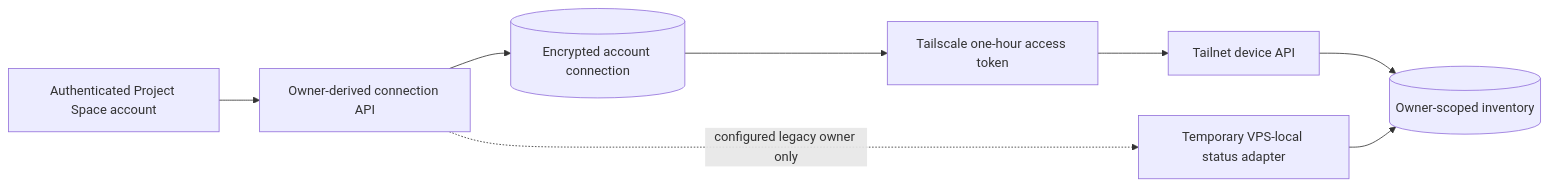
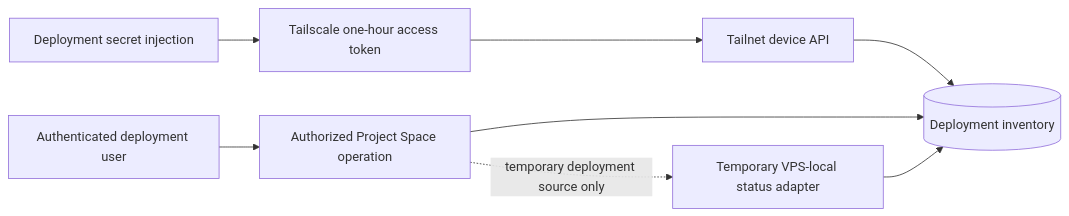
Before and after one commit to DotNaos/project-space: the diagram in docs/tailscale-provider-connections.md, drawn with Mermaid. The commit also changed other lines of this file and 49 other files, not shown here.

````diff
--- a/docs/tailscale-provider-connections.md
+++ b/docs/tailscale-provider-connections.md
@@ -25,15 +29,15 @@
 ```mermaid
 flowchart LR
-  Browser[Authenticated Project Space account]
-  API[Owner-derived connection API]
-  Store[(Encrypted account connection)]
+  User[Authenticated deployment user]
+  API[Authorized Project Space operation]
+  Config[Deployment secret injection]
   Token[Tailscale one-hour access token]
   Devices[Tailnet device API]
-  Inventory[(Owner-scoped inventory)]
+  Inventory[(Deployment inventory)]
   Legacy[Temporary VPS-local status adapter]
 
-  Browser --> API
-  API --> Store
-  Store --> Token --> Devices --> Inventory
-  API -. configured legacy owner only .-> Legacy --> Inventory
+  User --> API
+  Config --> Token --> Devices --> Inventory
+  API --> Inventory
+  API -. temporary deployment source only .-> Legacy --> Inventory
 ```
````
